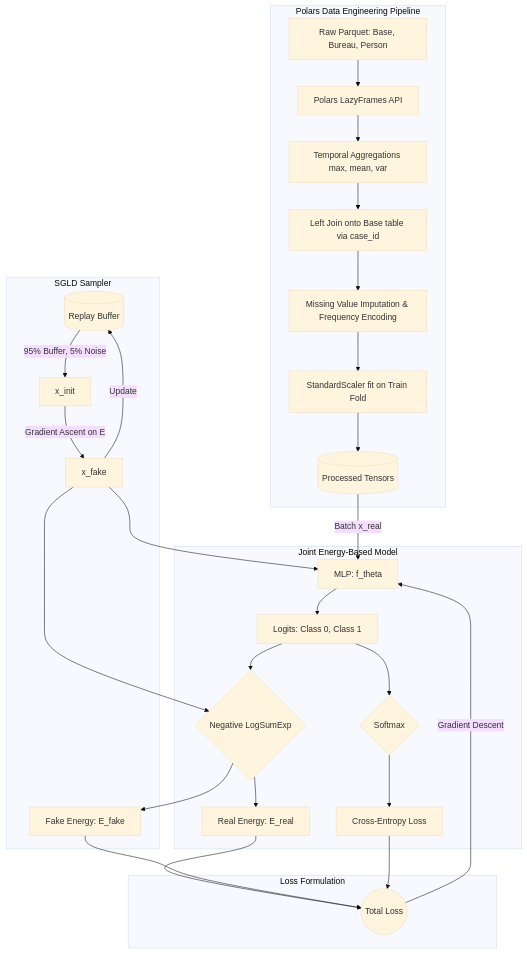
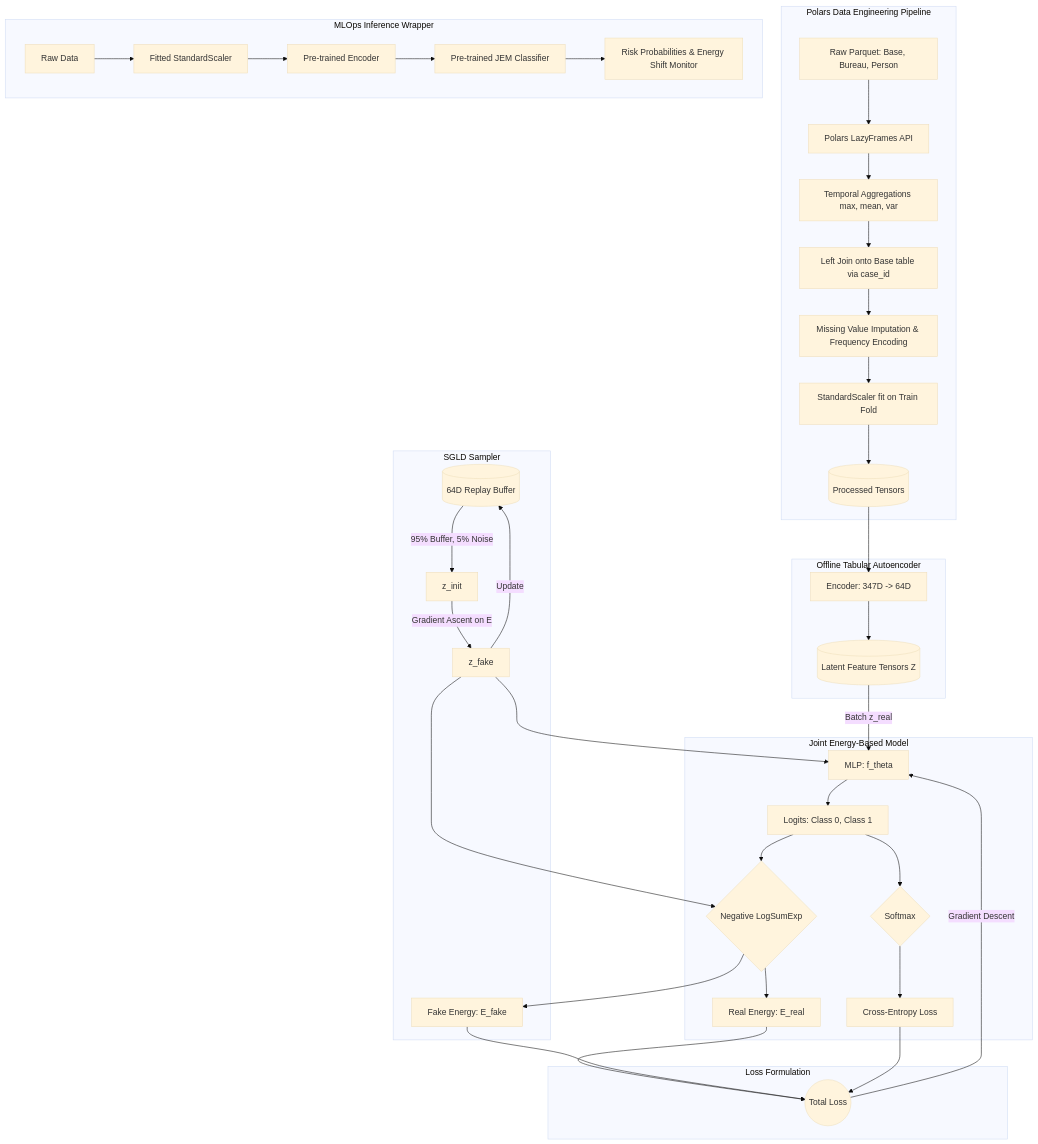
The diagram in docs/architecture/ARCHITECTURE.md (radema/jem-credit-risk), drawn with Mermaid (base theme) before and after one commit. The commit also changed 1 other file, not shown here.

Commit message:
docs: update architecture and readme for track B latent JEM evolution

````diff
--- a/docs/architecture/ARCHITECTURE.md
+++ b/docs/architecture/ARCHITECTURE.md
@@ -3,38 +3,50 @@
 ```mermaid
 graph TD
     subgraph Polars Data Engineering Pipeline
         A[Raw Parquet: Base, Bureau, Person] --> B[Polars LazyFrames API]
         B --> C[Temporal Aggregations max, mean, var]
         C --> D[Left Join onto Base table via case_id]
         D --> D1[Missing Value Imputation & Frequency Encoding]
         D1 --> E[StandardScaler fit on Train Fold]
         E --> F[(Processed Tensors)]
     end
 
+    subgraph Offline Tabular Autoencoder
+        F --> G1[Encoder: 347D -> 64D]
+        G1 --> G2[(Latent Feature Tensors Z)]
+    end
+
     subgraph Joint Energy-Based Model
-        F -->|Batch x_real| G[MLP: f_theta]
+        G2 -->|Batch z_real| G[MLP: f_theta]
         G --> H[Logits: Class 0, Class 1]
         
         H --> I{Softmax}
         I --> J[Cross-Entropy Loss]
         
         H --> K{Negative LogSumExp}
         K --> L[Real Energy: E_real]
     end
 
     subgraph SGLD Sampler
-        M[(Replay Buffer)] -->|95% Buffer, 5% Noise| N[x_init]
-        N -->|Gradient Ascent on E| O[x_fake]
+        M[(64D Replay Buffer)] -->|95% Buffer, 5% Noise| N[z_init]
+        N -->|Gradient Ascent on E| O[z_fake]
         O --> G
         O -->|Update| M
         O --> K
         K --> P[Fake Energy: E_fake]
     end
 
     subgraph Loss Formulation
         L --> Q((Total Loss))
         P --> Q
         J --> Q
         Q -->|Gradient Descent| G
     end
+
+    subgraph MLOps Inference Wrapper
+        W1[Raw Data] --> W2[Fitted StandardScaler]
+        W2 --> W3[Pre-trained Encoder]
+        W3 --> W4[Pre-trained JEM Classifier]
+        W4 --> W5[Risk Probabilities & Energy Shift Monitor]
+    end
 ```
````
